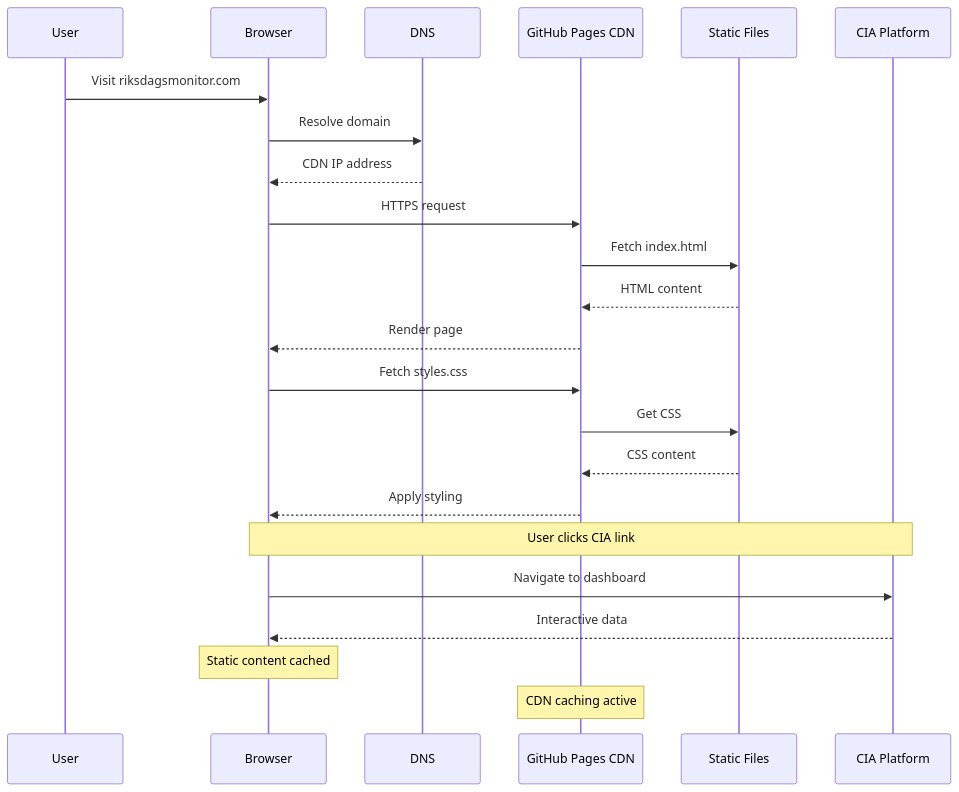
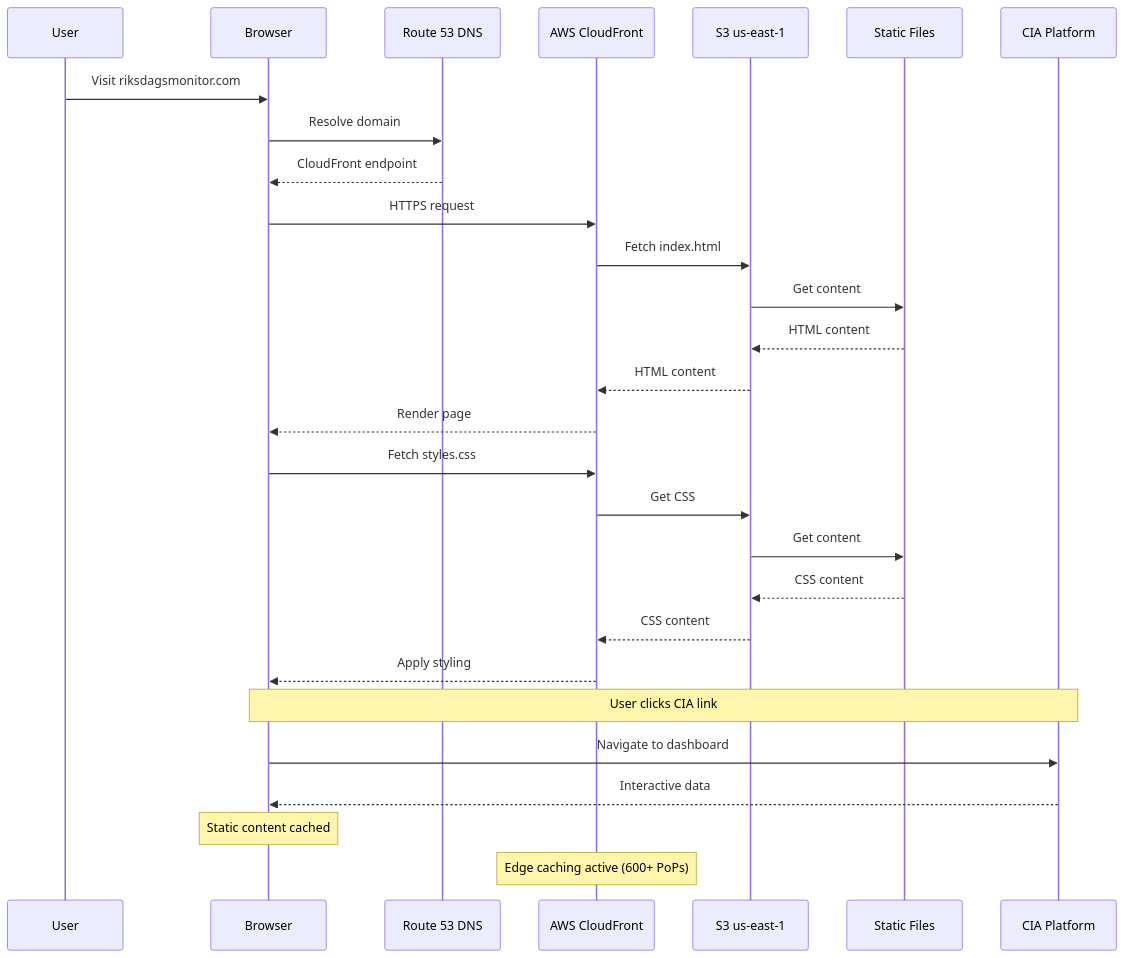
One commit to Hack23/riksdagsmonitor changed the second of 11 diagrams in ARCHITECTURE.md. Above: the diagram before and after it, drawn with Mermaid. The commit also changed other lines of this file and 2 other files, not shown here.

Commit message:
Address final 3 comments: URL-encode badges, fix Mermaid diagram, update Content Delivery Flow to AWS

````diff
--- a/ARCHITECTURE.md
+++ b/ARCHITECTURE.md
@@ -107,28 +107,33 @@
 ```mermaid
 sequenceDiagram
     participant User
     participant Browser
-    participant DNS
-    participant CDN as GitHub Pages CDN
+    participant DNS as Route 53 DNS
+    participant CDN as AWS CloudFront
+    participant S3 as S3 us-east-1
     participant Static as Static Files
     participant CIA as CIA Platform
     
     User->>Browser: Visit riksdagsmonitor.com
     Browser->>DNS: Resolve domain
-    DNS-->>Browser: CDN IP address
+    DNS-->>Browser: CloudFront endpoint
     Browser->>CDN: HTTPS request
-    CDN->>Static: Fetch index.html
-    Static-->>CDN: HTML content
+    CDN->>S3: Fetch index.html
+    S3->>Static: Get content
+    Static-->>S3: HTML content
+    S3-->>CDN: HTML content
     CDN-->>Browser: Render page
     Browser->>CDN: Fetch styles.css
-    CDN->>Static: Get CSS
-    Static-->>CDN: CSS content
+    CDN->>S3: Get CSS
+    S3->>Static: Get content
+    Static-->>S3: CSS content
+    S3-->>CDN: CSS content
     CDN-->>Browser: Apply styling
     
     Note over Browser,CIA: User clicks CIA link
     Browser->>CIA: Navigate to dashboard
     CIA-->>Browser: Interactive data
     
     Note over Browser: Static content cached
-    Note over CDN: CDN caching active
+    Note over CDN: Edge caching active (600+ PoPs)
 ```
````
